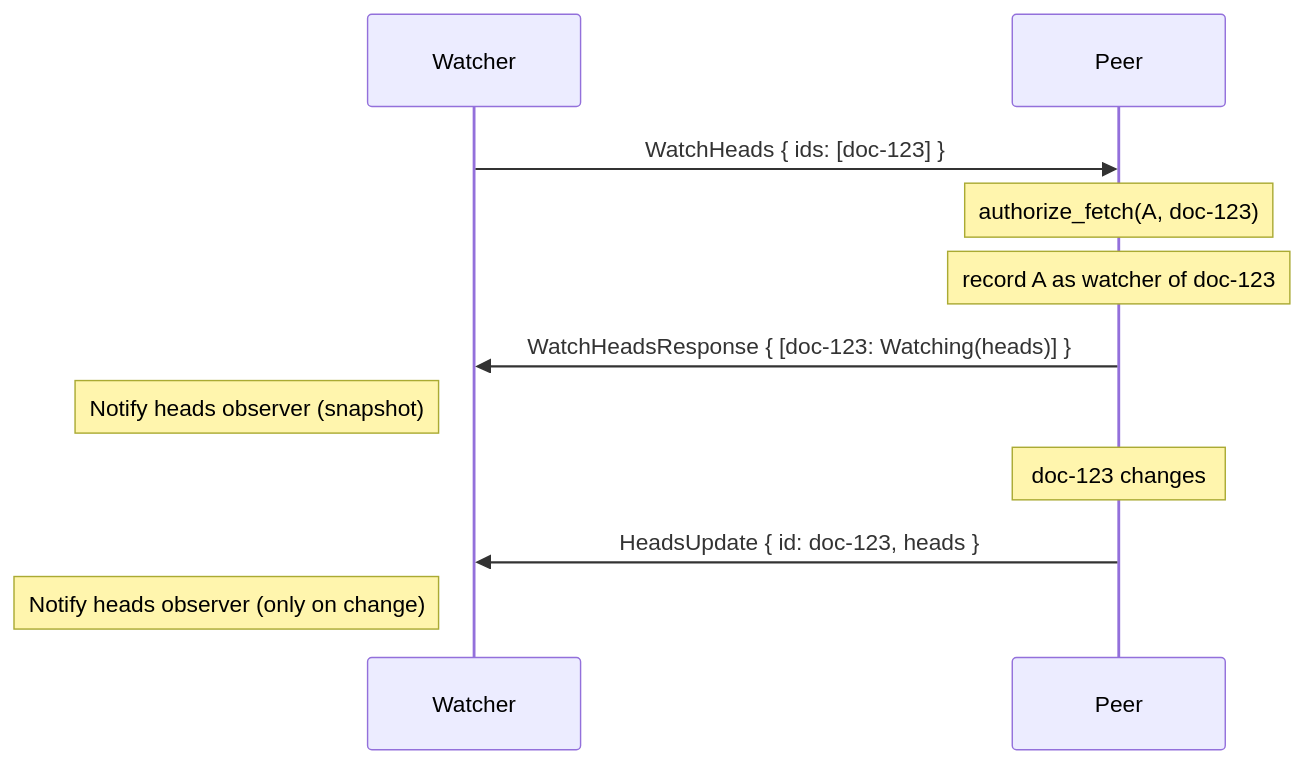
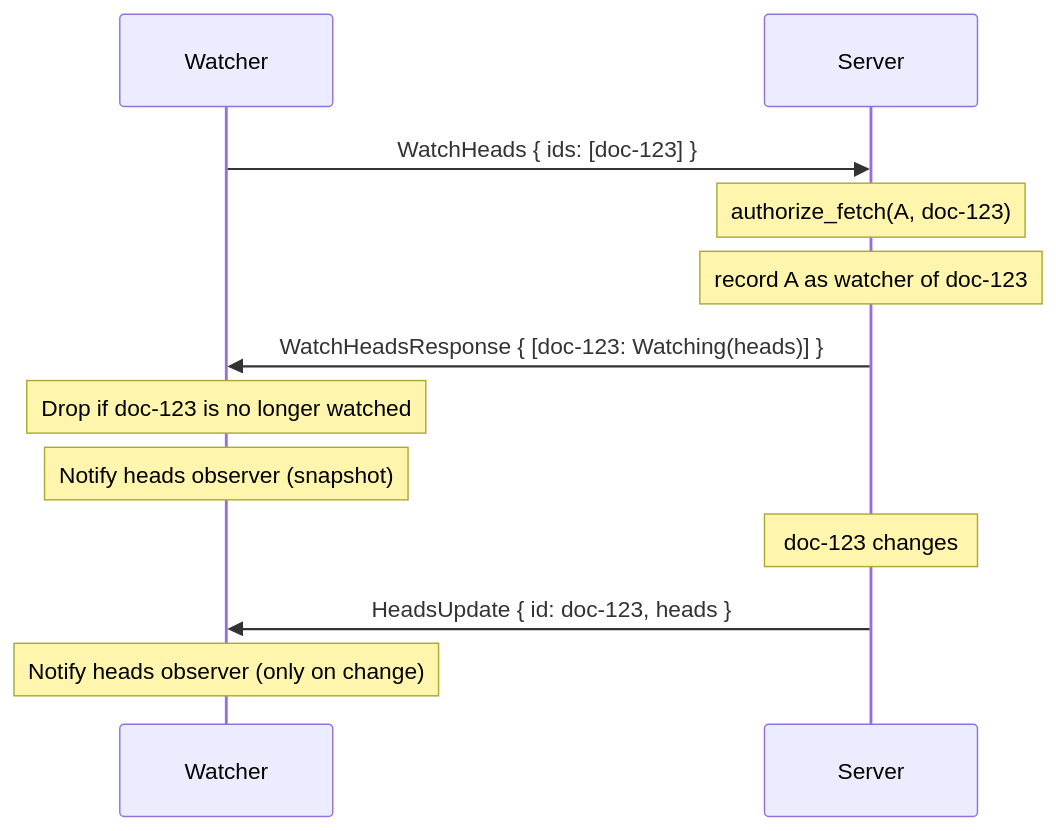
Before and after one commit to inkandswitch/subduction: the eighth of 8 diagrams in design/sync/subscriptions.md, drawn with Mermaid. The commit also changed other lines of this file and 11 other files, not shown here.

````diff
--- a/design/sync/subscriptions.md
+++ b/design/sync/subscriptions.md
@@ -320,15 +321,16 @@
 ```mermaid
 sequenceDiagram
     participant A as Watcher
-    participant B as Peer
+    participant B as Server
 
     A->>B: WatchHeads { ids: [doc-123] }
     Note over B: authorize_fetch(A, doc-123)
     Note over B: record A as watcher of doc-123
     B->>A: WatchHeadsResponse { [doc-123: Watching(heads)] }
-    Note left of A: Notify heads observer (snapshot)
+    Note over A: Drop if doc-123 is no longer watched
+    Note over A: Notify heads observer (snapshot)
 
     Note over B: doc-123 changes
     B->>A: HeadsUpdate { id: doc-123, heads }
-    Note left of A: Notify heads observer (only on change)
+    Note over A: Notify heads observer (only on change)
 ```
````
